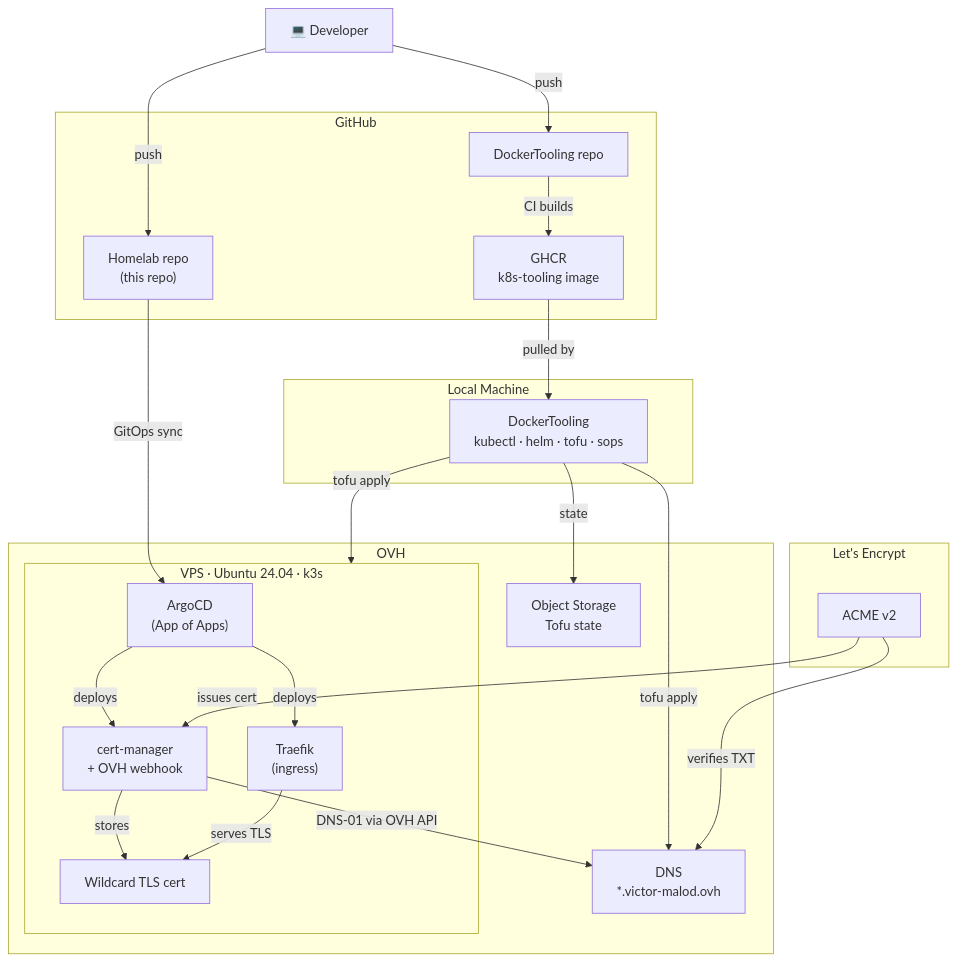
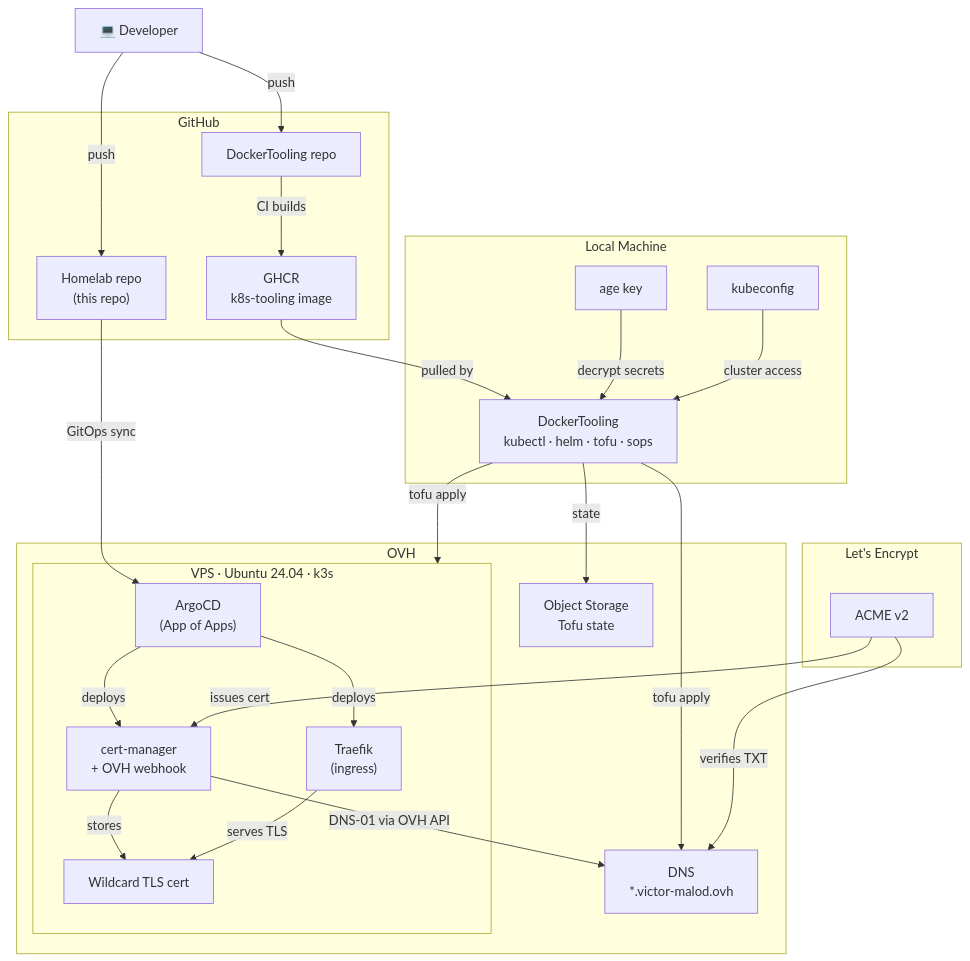
The diagram in README.md (VictorMalodPortfolio/Homelab), drawn with Mermaid before and after one commit.

Commit message:
docs: add age key and kubeconfig back to architecture diagram

````diff
--- a/README.md
+++ b/README.md
@@ -11,46 +11,50 @@
 ```mermaid
 graph TD
     dev["💻 Developer"]
 
     subgraph local["Local Machine"]
         tooling["DockerTooling\nkubectl · helm · tofu · sops"]
+        age["age key"]
+        kubeconfig["kubeconfig"]
     end
 
     subgraph github["GitHub"]
         homelab_repo["Homelab repo\n(this repo)"]
         docker_repo["DockerTooling repo"]
         ghcr["GHCR\nk8s-tooling image"]
     end
 
     subgraph ovh["OVH"]
         dns["DNS\n*.victor-malod.ovh"]
         s3["Object Storage\nTofu state"]
 
         subgraph vps["VPS · Ubuntu 24.04 · k3s"]
             argocd["ArgoCD\n(App of Apps)"]
             cert_manager["cert-manager\n+ OVH webhook"]
             traefik["Traefik\n(ingress)"]
             tls_secret["Wildcard TLS cert"]
         end
     end
 
     subgraph letsencrypt["Let's Encrypt"]
         acme["ACME v2"]
     end
 
     dev -->|"push"| homelab_repo
     dev -->|"push"| docker_repo
     docker_repo -->|"CI builds"| ghcr
     ghcr -->|"pulled by"| tooling
+    age -->|"decrypt secrets"| tooling
+    kubeconfig -->|"cluster access"| tooling
     tooling -->|"tofu apply"| vps
     tooling -->|"tofu apply"| dns
     tooling -->|"state"| s3
     homelab_repo -->|"GitOps sync"| argocd
     argocd -->|"deploys"| cert_manager
     argocd -->|"deploys"| traefik
     cert_manager -->|"DNS-01 via OVH API"| dns
     acme -->|"verifies TXT"| dns
     acme -->|"issues cert"| cert_manager
     cert_manager -->|"stores"| tls_secret
     traefik -->|"serves TLS"| tls_secret
 ```
````
